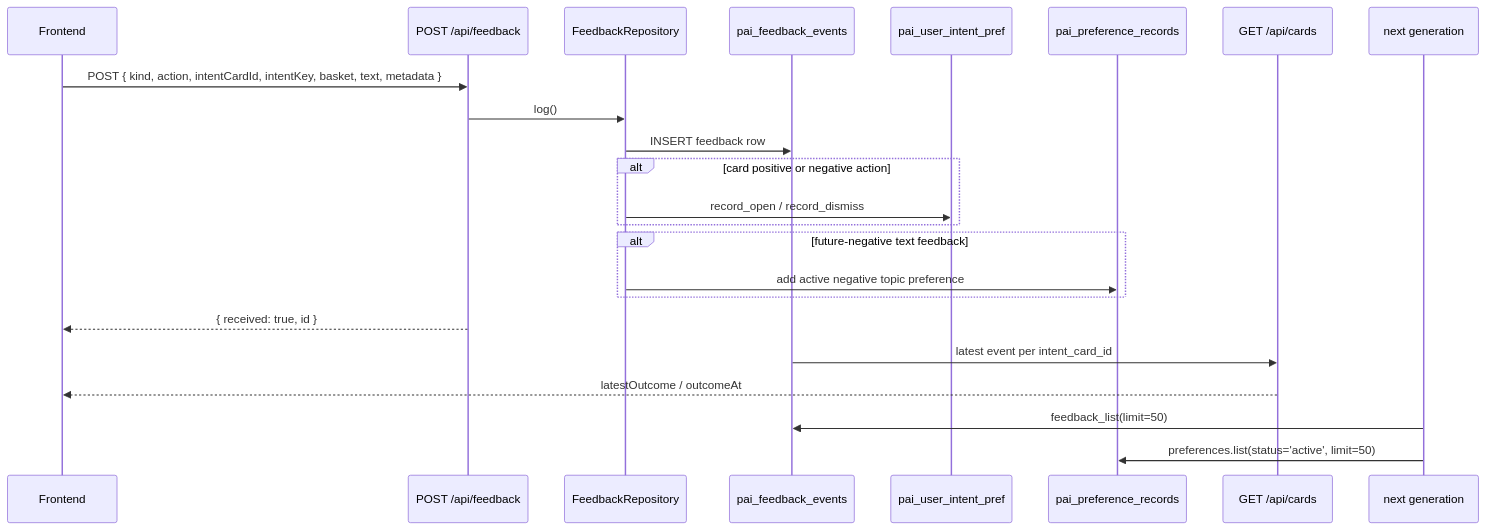
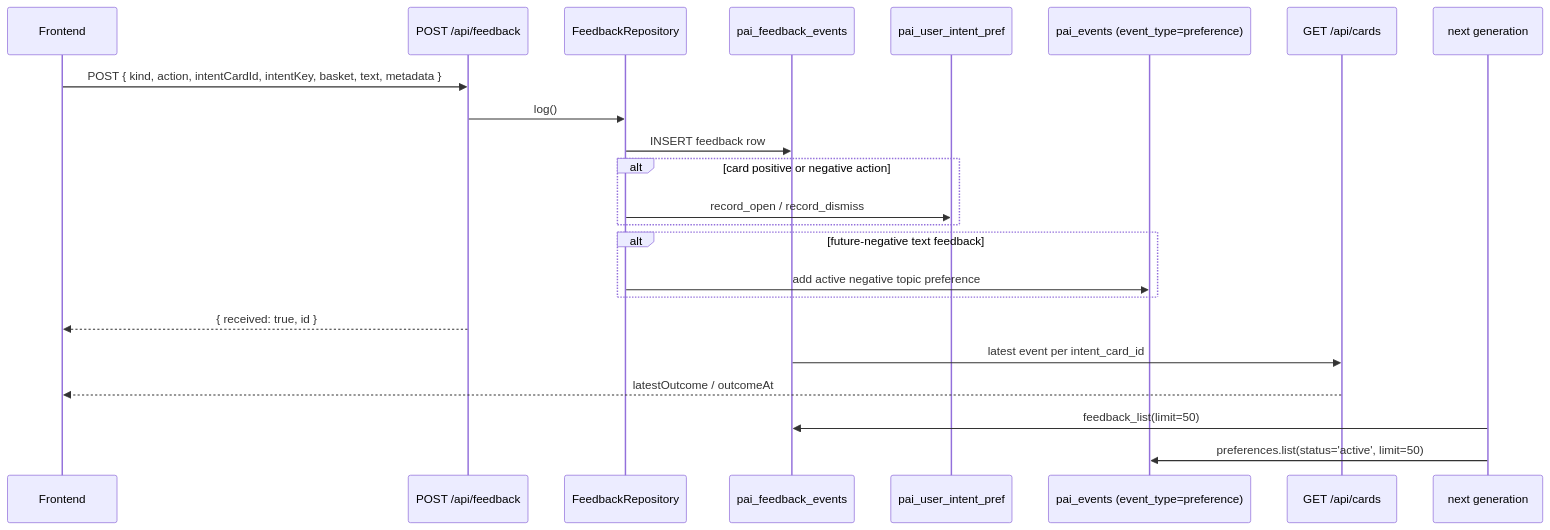
The second of 2 diagrams in docs/modules/feedback.mdx (Edge-AI-HQ/proactive-assistant), drawn with Mermaid before and after one commit. The commit also changed other lines of this file and 326 other files, not shown here.

First line of the commit message:
refactor(memory): lifelong-memory three-layer refactor + legacy architecture sunset (#215)

````diff
--- a/docs/modules/feedback.mdx
+++ b/docs/modules/feedback.mdx
@@ -116,26 +116,26 @@
 ```mermaid
 sequenceDiagram
   participant UI as Frontend
   participant R as POST /api/feedback
   participant Repo as FeedbackRepository
   participant Events as pai_feedback_events
   participant FP as pai_user_intent_pref
-  participant Prefs as pai_preference_records
+  participant Prefs as pai_events (event_type=preference)
   participant Cards as GET /api/cards
   participant Gen as next generation
 
   UI->>R: POST { kind, action, intentCardId, intentKey, basket, text, metadata }
   R->>Repo: log()
   Repo->>Events: INSERT feedback row
   alt card positive or negative action
     Repo->>FP: record_open / record_dismiss
   end
   alt future-negative text feedback
     Repo->>Prefs: add active negative topic preference
   end
   R-->>UI: { received: true, id }
   Events->>Cards: latest event per intent_card_id
   Cards-->>UI: latestOutcome / outcomeAt
   Gen->>Events: feedback_list(limit=50)
   Gen->>Prefs: preferences.list(status='active', limit=50)
 ```
````
